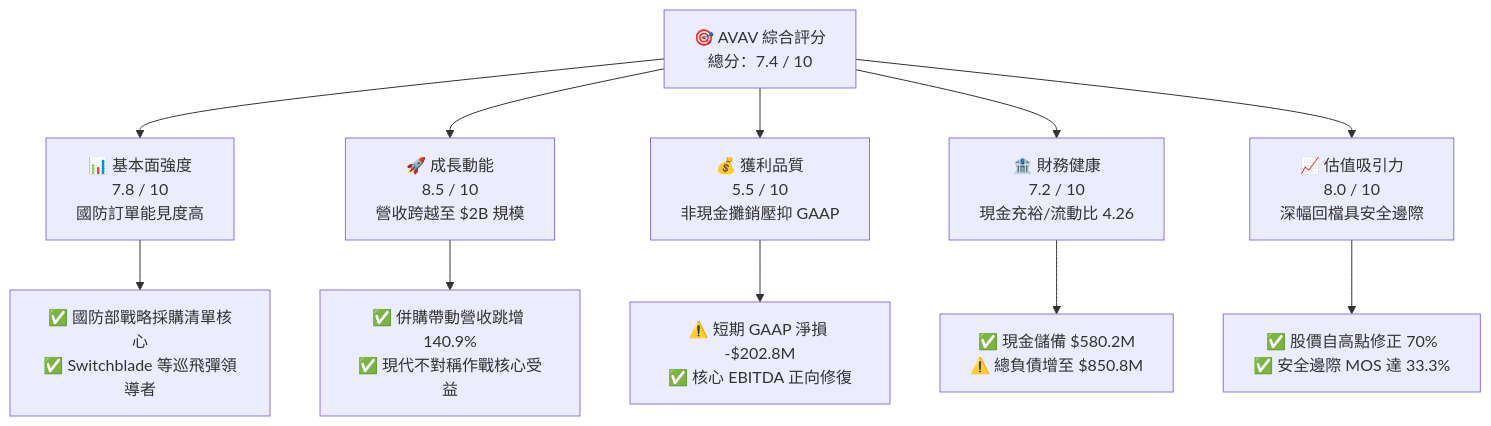
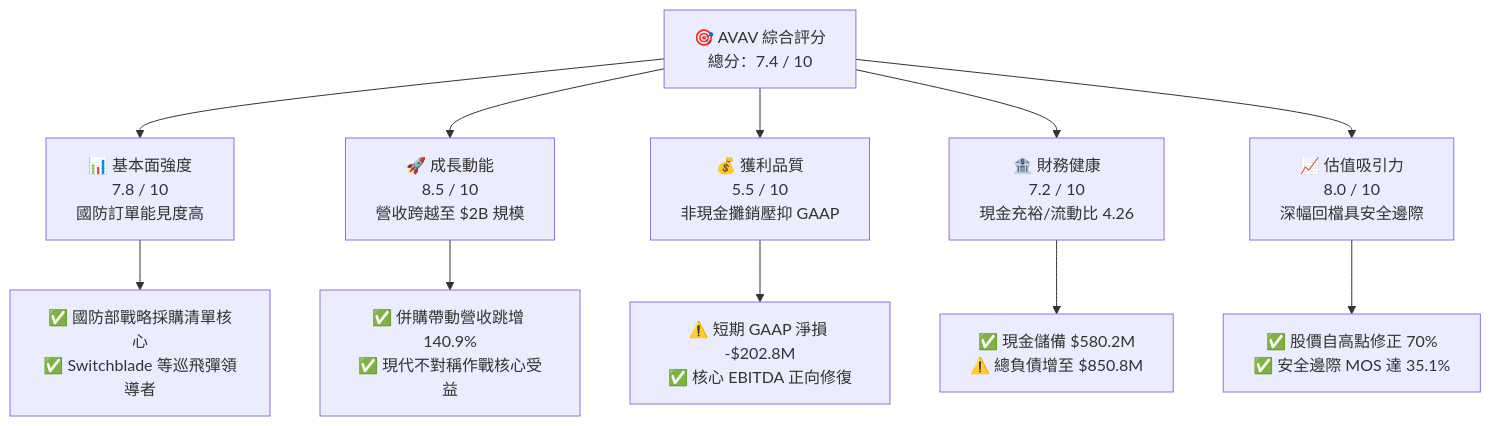
One commit to yennanliu/finance_data changed the first of 15 diagrams in ai_gen_report/fundamental/avav/fundamental_analysis_2026-10-16_gemini.md. Above: the diagram before and after it, drawn with Mermaid. The commit also changed other lines of this file and 339 other files, not shown here.

````diff
--- a/ai_gen_report/fundamental/avav/fundamental_analysis_2026-10-16_gemini.md
+++ b/ai_gen_report/fundamental/avav/fundamental_analysis_2026-10-16_gemini.md
@@ -56,22 +63,22 @@
 ```mermaid
 graph TD
     AVAV["🎯 AVAV 綜合評分<br/>總分：7.4 / 10"]
 
     F["📊 基本面強度<br/>7.8 / 10<br/>國防訂單能見度高"]
     G["🚀 成長動能<br/>8.5 / 10<br/>營收跨越至 $2B 規模"]
     P["💰 獲利品質<br/>5.5 / 10<br/>非現金攤銷壓抑 GAAP"]
     B["🏦 財務健康<br/>7.2 / 10<br/>現金充裕/流動比 4.26"]
     V["📈 估值吸引力<br/>8.0 / 10<br/>深幅回檔具安全邊際"]
 
     AVAV --> F
     AVAV --> G
     AVAV --> P
     AVAV --> B
     AVAV --> V
 
     F --> F1["✅ 國防部戰略採購清單核心<br/>✅ Switchblade 等巡飛彈領導者"]
     G --> G1["✅ 併購帶動營收跳增 140.9%<br/>✅ 現代不對稱作戰核心受益"]
     P --> P1["⚠️ 短期 GAAP 淨損 -$202.8M<br/>✅ 核心 EBITDA 正向修復"]
     B --> B1["✅ 現金儲備 $580.2M<br/>⚠️ 總負債增至 $850.8M"]
-    V --> V1["✅ 股價自高點修正 70%<br/>✅ 安全邊際 MOS 達 33.3%"]
+    V --> V1["✅ 股價自高點修正 70%<br/>✅ 安全邊際 MOS 達 35.1%"]
 ```
````
